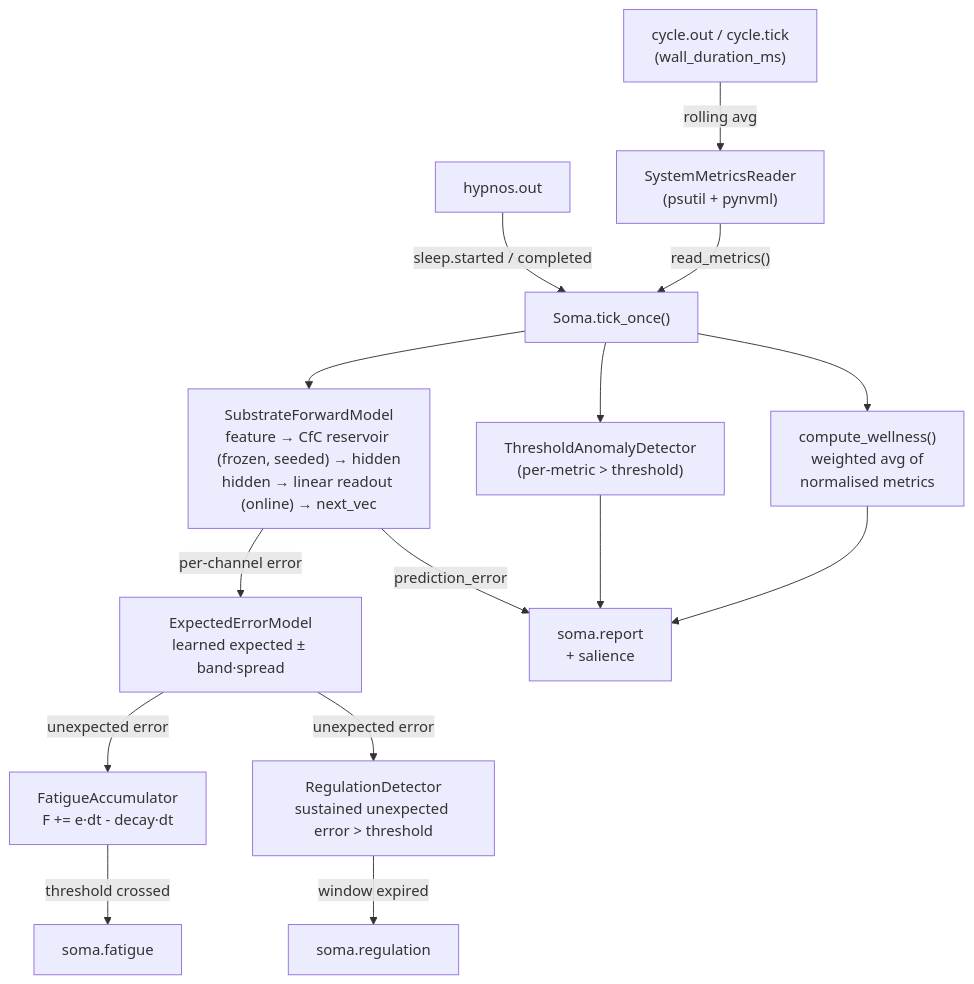
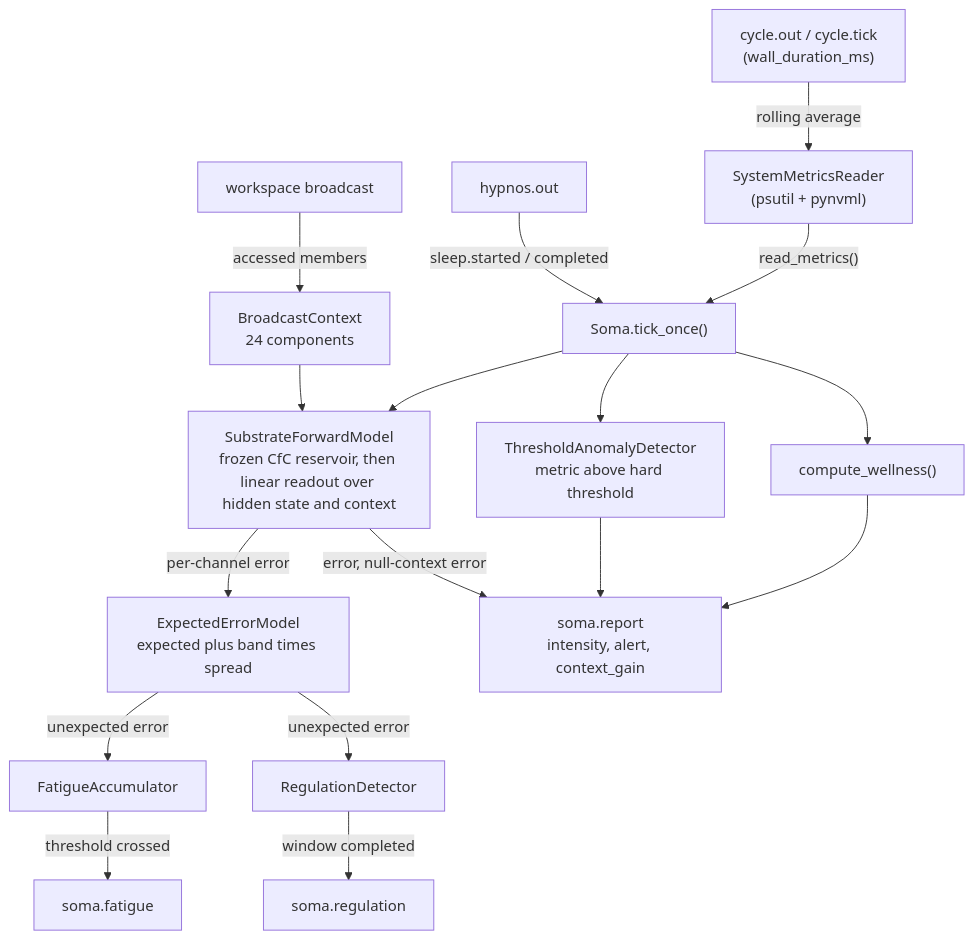
One commit to kaineone/kaine changed the diagram in docs/09-modules/soma.md. Above: the diagram before and after it, drawn with Mermaid. The commit also changed other lines of this file and 72 other files, not shown here.

````diff
--- a/docs/09-modules/soma.md
+++ b/docs/09-modules/soma.md
@@ -88,18 +172,20 @@
 ```mermaid
 graph TD
     SysMetrics["SystemMetricsReader\n(psutil + pynvml)"] -->|"read_metrics()"| SomaTick["Soma.tick_once()"]
-    CycleOut["cycle.out / cycle.tick\n(wall_duration_ms)"] -->|rolling avg| SysMetrics
+    CycleOut["cycle.out / cycle.tick\n(wall_duration_ms)"] -->|rolling average| SysMetrics
     HypnosOut["hypnos.out"] -->|sleep.started / completed| SomaTick
+    WS["workspace broadcast"] -->|accessed members| Ctx["BroadcastContext\n24 components"]
 
-    SomaTick --> WellnessCalc["compute_wellness()\nweighted avg of\nnormalised metrics"]
-    SomaTick --> AnomalyDet["ThresholdAnomalyDetector\n(per-metric > threshold)"]
-    SomaTick --> FwdModel["SubstrateForwardModel\nfeature → CfC reservoir (frozen, seeded) → hidden\nhidden → linear readout (online) → next_vec"]
-    FwdModel -->|per-channel error| ExpModel["ExpectedErrorModel\nlearned expected ± band·spread"]
-    ExpModel -->|unexpected error| FatigueAcc["FatigueAccumulator\nF += e·dt - decay·dt"]
-    ExpModel -->|unexpected error| RegDet["RegulationDetector\nsustained unexpected error > threshold"]
+    SomaTick --> WellnessCalc["compute_wellness()"]
+    SomaTick --> AnomalyDet["ThresholdAnomalyDetector\nmetric above hard threshold"]
+    SomaTick --> FwdModel["SubstrateForwardModel\nfrozen CfC reservoir, then linear readout over hidden state and context"]
+    Ctx --> FwdModel
+    FwdModel -->|per-channel error| ExpModel["ExpectedErrorModel\nexpected plus band times spread"]
+    ExpModel -->|unexpected error| FatigueAcc["FatigueAccumulator"]
+    ExpModel -->|unexpected error| RegDet["RegulationDetector"]
     FatigueAcc -->|threshold crossed| SomaFatigue["soma.fatigue"]
-    RegDet -->|window expired| SomaReg["soma.regulation"]
-    WellnessCalc --> SomaReport["soma.report\n+ salience"]
+    RegDet -->|window completed| SomaReg["soma.regulation"]
+    WellnessCalc --> SomaReport["soma.report\nintensity, alert, context_gain"]
     AnomalyDet --> SomaReport
-    FwdModel -->|prediction_error| SomaReport
+    FwdModel -->|error, null-context error| SomaReport
 ```
````
